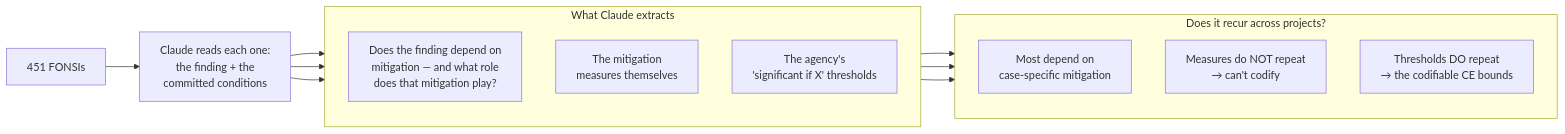
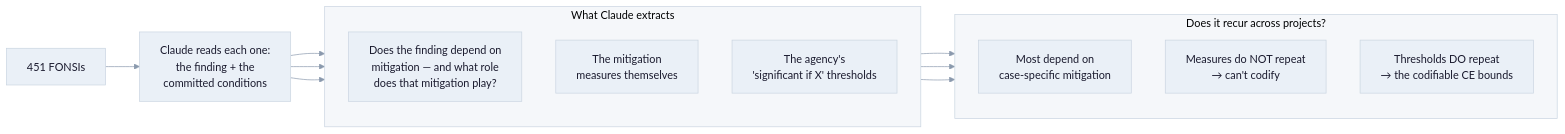
The diagram in phase2/reports/deliverable06.qmd (kaseyzapatka/nepa), drawn with Mermaid before and after one commit. The commit also changed other lines of this file and 11 other files, not shown here.

First line of the commit message:
[D6] build A3.2 UpSet + fix Fig 5/11/12 legibility + lighten flowchart

````diff
--- a/phase2/reports/deliverable06.qmd
+++ b/phase2/reports/deliverable06.qmd
@@ -651,21 +651,22 @@
 ```{mermaid}
 %%| fig-width: 9
+%%{init: {'theme':'base', 'themeVariables': {'clusterBkg':'#f5f7fa', 'clusterBorder':'#c9d4e0', 'primaryColor':'#eaf0f7', 'primaryBorderColor':'#c9d4e0', 'primaryTextColor':'#1A1A2E', 'lineColor':'#8a99ad'}}}%%
 flowchart LR
   A["451 FONSIs"] --> B["Claude reads each one:<br/>the finding + the<br/>committed conditions"]
   subgraph X["What Claude extracts"]
     direction TB
     C["Does the finding depend on<br/>mitigation — and what role<br/>does that mitigation play?"]
     D["The mitigation<br/>measures themselves"]
     E["The agency's<br/>'significant if X' thresholds"]
   end
   subgraph Y["Does it recur across projects?"]
     direction TB
     F["Most depend on<br/>case-specific mitigation"]
     G["Measures do NOT repeat<br/>→ can't codify"]
     H["Thresholds DO repeat<br/>→ the codifiable CE bounds"]
   end
   B --> C & D & E
   C --> F
   D --> G
   E --> H
 ```
````
